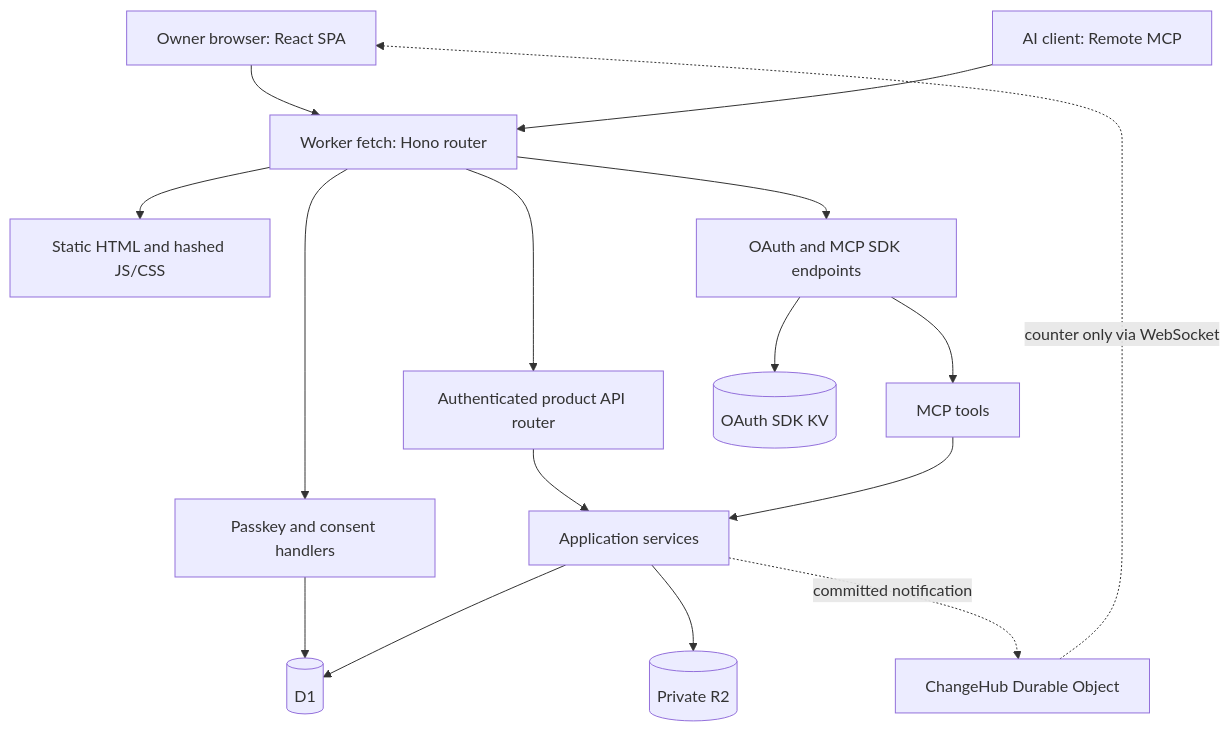
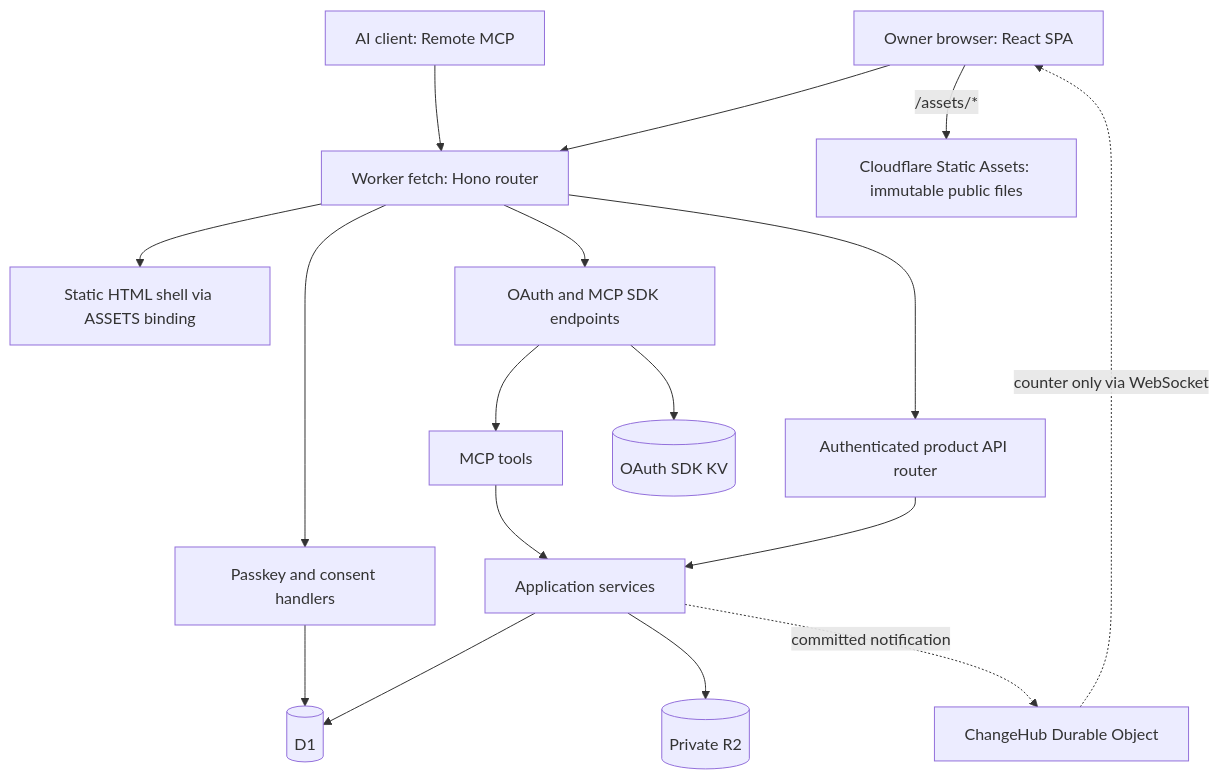
The first of 2 diagrams in docs/architecture.md (duanxianpi/InkLoop), drawn with Mermaid before and after one commit. The commit also changed other lines of this file and 35 other files, not shown here.

Commit message:
fix: address architecture audit and harden auth boundaries

````diff
--- a/docs/architecture.md
+++ b/docs/architecture.md
@@ -36,18 +36,19 @@
 ```mermaid
 flowchart TD
     Browser[Owner browser: React SPA] --> Hono[Worker fetch: Hono router]
+    Browser -->|/assets/*| Static[Cloudflare Static Assets: immutable public files]
     Agent[AI client: Remote MCP] --> Hono
-    Hono --> Assets[Static HTML and hashed JS/CSS]
+    Hono --> Assets[Static HTML shell via ASSETS binding]
     Hono --> Auth[Passkey and consent handlers]
     Hono --> SDK[OAuth and MCP SDK endpoints]
     Hono --> Web[Authenticated product API router]
     SDK --> MCP[MCP tools]
     Web --> Services[Application services]
     MCP --> Services
     Auth --> DB[(D1)]
     SDK --> KV[(OAuth SDK KV)]
     Services --> DB
     Services --> R2[(Private R2)]
     Services -. committed notification .-> Hub[ChangeHub Durable Object]
     Hub -. counter only via WebSocket .-> Browser
 ```
````
